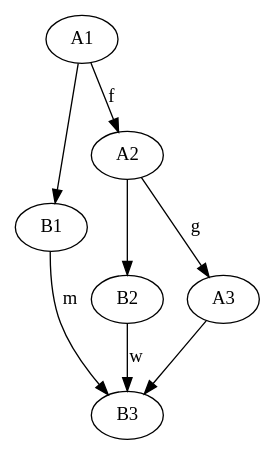
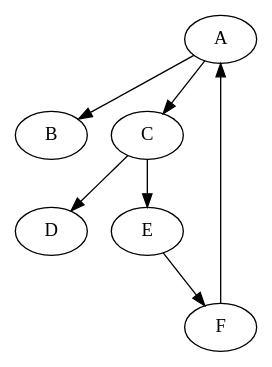
The diagram in alg/dotgraphparser/sample.dot (RitterOD/go-samples), drawn with Graphviz before and after one commit. The commit also changed 4 other files, not shown here.

Commit message:
go-samples: parse weight graph

```diff
--- a/alg/dotgraphparser/sample.dot
+++ b/alg/dotgraphparser/sample.dot
@@ -1,10 +1,14 @@
 digraph g {
-	A1 -> B1;
-	A2 -> B2;
-	A3 -> B3;
-
-	A1 -> A2 [label=f];
-	A2 -> A3 [label=g];
-	B2 -> B3 [label=w];
-	B1 -> B3 [label=m];
+  A;
+  B;
+  C;
+  D;
+  E;
+  F;
+  A -> B [weight=2];
+  A -> C [weight=1];
+  C -> D [weight=4];
+  C -> E [weight=3];
+  E -> F [weight=5];
+  F -> A [weight=6];
 }
```
